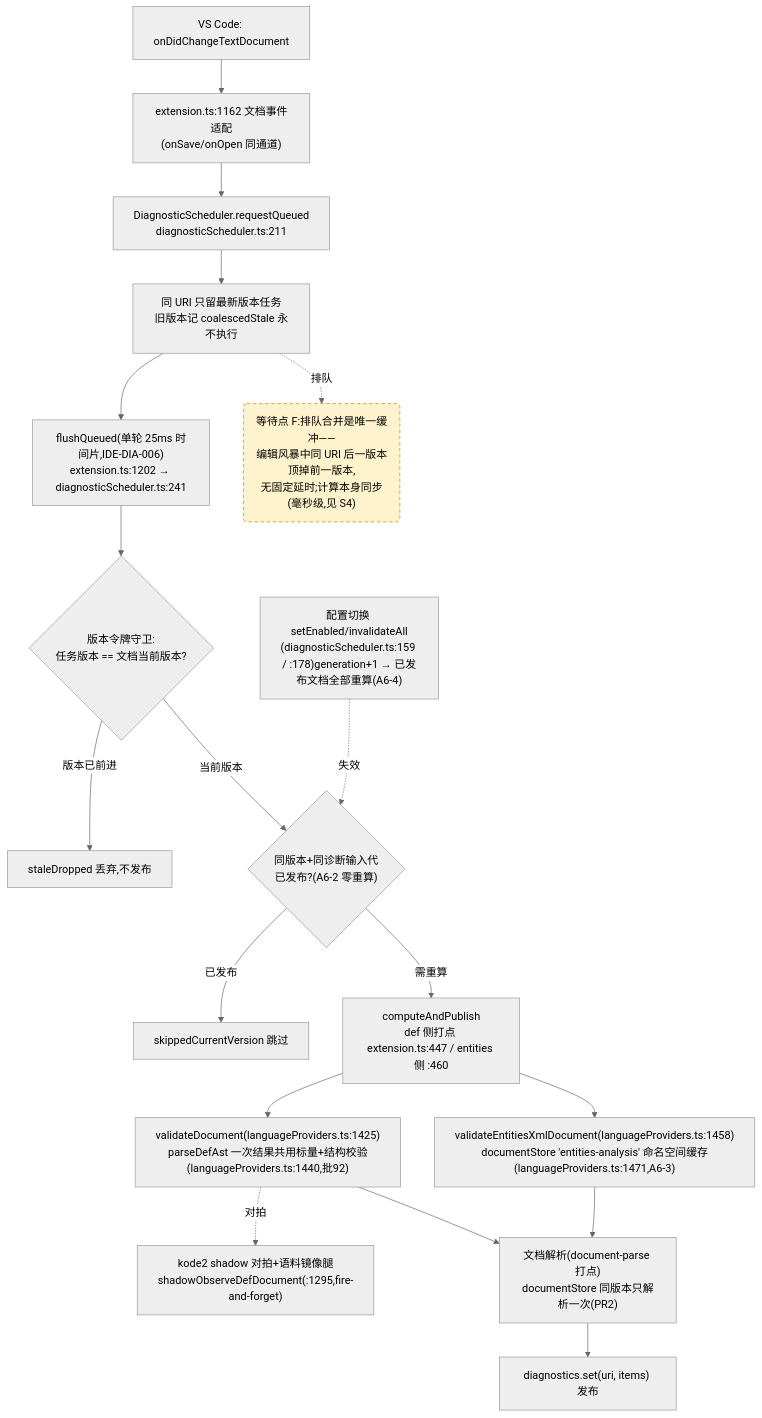
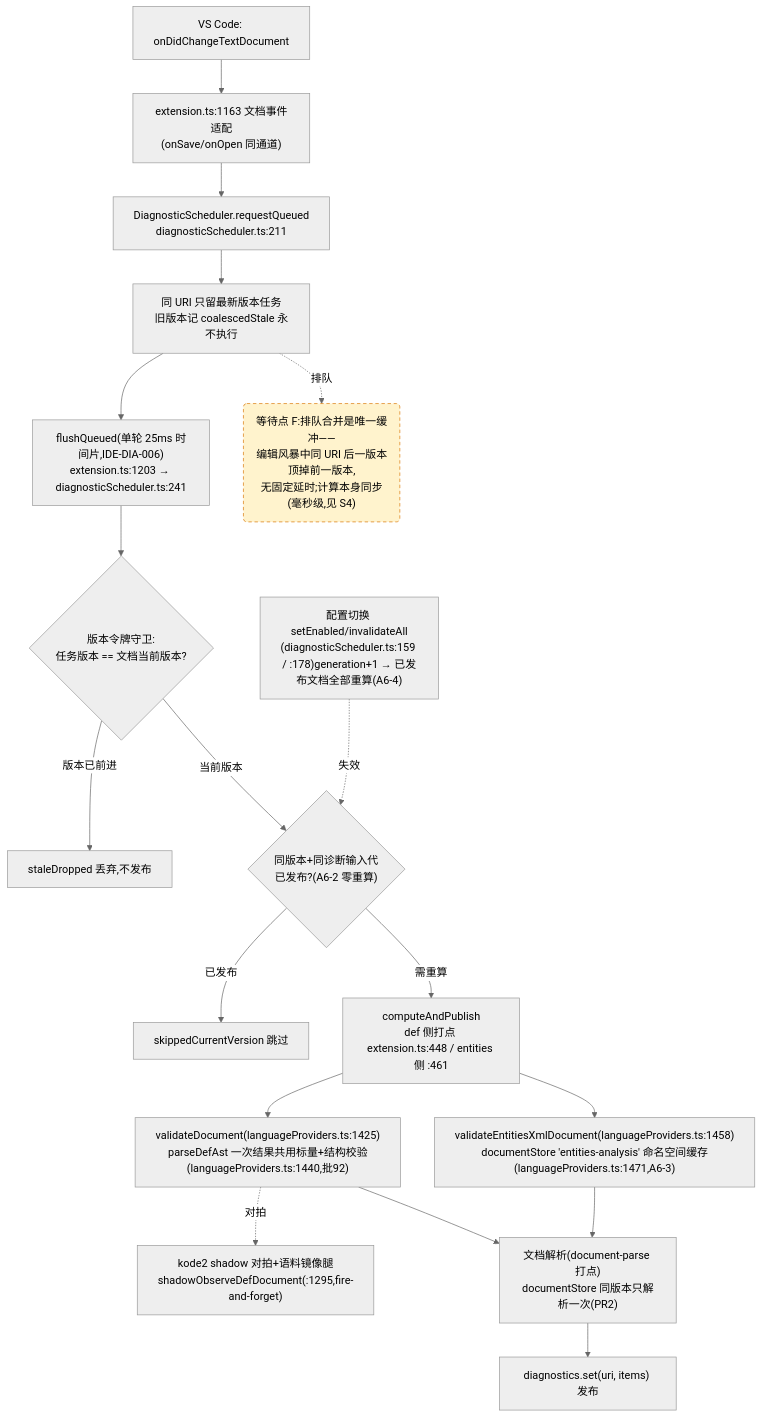
The fourth of 4 diagrams in docs/perf/2026-baseline.md (cuihairu/kode), drawn with Mermaid (neutral theme) before and after one commit. The commit also changed other lines of this file and 7 other files, not shown here.

````diff
--- a/docs/perf/2026-baseline.md
+++ b/docs/perf/2026-baseline.md
@@ -214,38 +214,38 @@
 ```mermaid
 flowchart TD
   CHG["VS Code: onDidChangeTextDocument"]
-  WATCH["extension.ts:1162 文档事件适配<br/>(onSave/onOpen 同通道)"]
+  WATCH["extension.ts:1163 文档事件适配<br/>(onSave/onOpen 同通道)"]
   RQ["DiagnosticScheduler.requestQueued<br/>diagnosticScheduler.ts:211"]
   CO["同 URI 只留最新版本任务<br/>旧版本记 coalescedStale 永不执行"]
-  FL["flushQueued(单轮 25ms 时间片,IDE-DIA-006)<br/>extension.ts:1202 → diagnosticScheduler.ts:241"]
+  FL["flushQueued(单轮 25ms 时间片,IDE-DIA-006)<br/>extension.ts:1203 → diagnosticScheduler.ts:241"]
   VG{"版本令牌守卫:<br/>任务版本 == 文档当前版本?"}
   DROP["staleDropped 丢弃,不发布"]
   GEN{"同版本+同诊断输入代<br/>已发布?(A6-2 零重算)"}
   SKIP["skippedCurrentVersion 跳过"]
-  CALC["computeAndPublish<br/>def 侧打点 extension.ts:447 / entities 侧 :460"]
+  CALC["computeAndPublish<br/>def 侧打点 extension.ts:448 / entities 侧 :461"]
   VD["validateDocument(languageProviders.ts:1425)<br/>parseDefAst 一次结果共用标量+结构校验(languageProviders.ts:1440,批92)"]
   VEX["validateEntitiesXmlDocument(languageProviders.ts:1458)<br/>documentStore 'entities-analysis' 命名空间缓存(languageProviders.ts:1471,A6-3)"]
   SHDD["kode2 shadow 对拍+语料镜像腿<br/>shadowObserveDefDocument(:1295,fire-and-forget)"]
   DS["文档解析(document-parse 打点)<br/>documentStore 同版本只解析一次(PR2)"]
   PUB["diagnostics.set(uri, items) 发布"]
   CFG2["配置切换 setEnabled/invalidateAll<br/>(diagnosticScheduler.ts:159 / :178)generation+1 → 已发布文档全部重算(A6-4)"]
 
   CHG --> WATCH --> RQ --> CO --> FL --> VG
   VG -- "版本已前进" --> DROP
   VG -- "当前版本" --> GEN
   GEN -- "已发布" --> SKIP
   GEN -- "需重算" --> CALC
   CALC --> VD
   CALC --> VEX
   VD --> DS
   VEX --> DS
   DS --> PUB
   VD -.->|对拍| SHDD
   CFG2 -.->|失效| GEN
 
   WAITF("等待点 F:排队合并是唯一缓冲——<br/>编辑风暴中同 URI 后一版本顶掉前一版本,<br/>无固定延时;计算本身同步(毫秒级,见 S4)")
   CO -.->|排队| WAITF
 
   classDef waitPoint fill:#fff3cd,stroke:#d97706,stroke-dasharray:5 4;
   class WAITF waitPoint;
 ```
````
